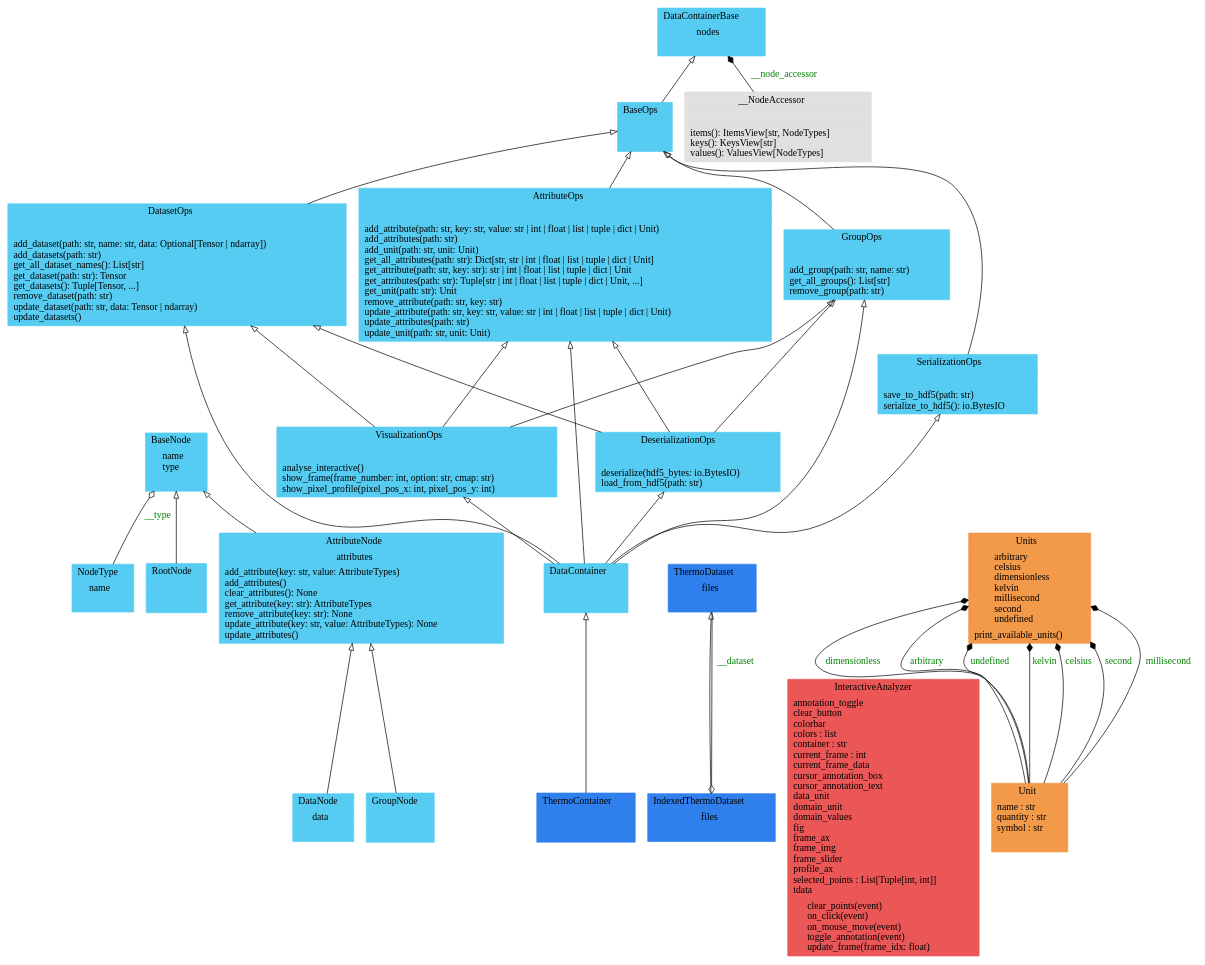
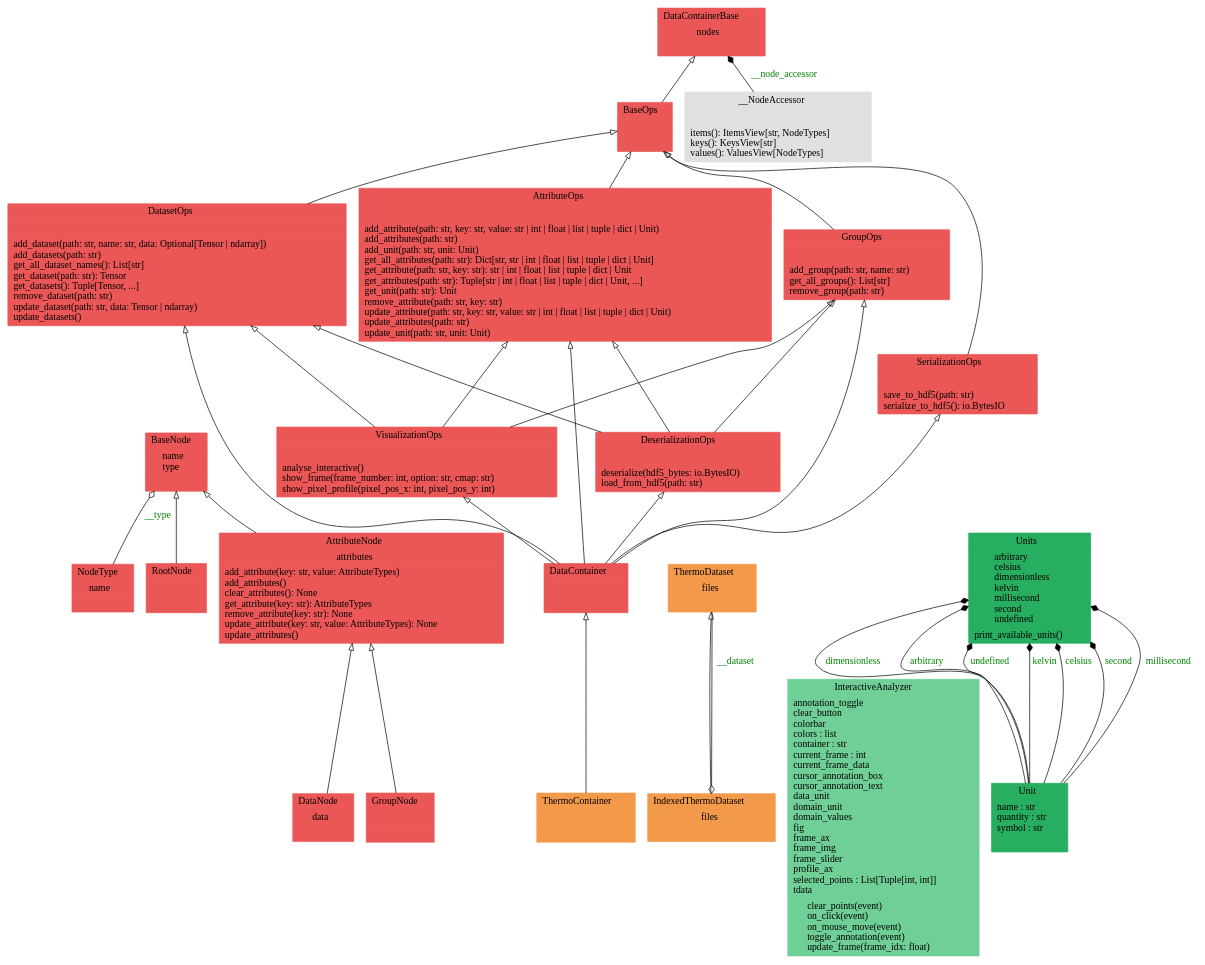
Before and after one commit to voidsy-gmbh/pyThermoNDT: the diagram in docs/pyreverse/classes_pythermondt.data.gv, drawn with Graphviz. The commit also changed 25 other files, not shown here.

Commit message:
Update pyreverse diagrams

```diff
--- a/docs/pyreverse/classes_pythermondt.data.gv
+++ b/docs/pyreverse/classes_pythermondt.data.gv
@@ -1,27 +1,27 @@
 digraph "classes_pythermondt.data" {
 rankdir=BT
 charset="utf-8"
-"pythermondt.data.datacontainer.node.AttributeNode" [color="#56CCF2", fontcolor="black", label=<{AttributeNode|attributes<br ALIGN="LEFT"/>|add_attribute(key: str, value: AttributeTypes)<br ALIGN="LEFT"/>add_attributes()<br ALIGN="LEFT"/>clear_attributes(): None<br ALIGN="LEFT"/>get_attribute(key: str): AttributeTypes<br ALIGN="LEFT"/>remove_attribute(key: str): None<br ALIGN="LEFT"/>update_attribute(key: str, value: AttributeTypes): None<br ALIGN="LEFT"/>update_attributes()<br ALIGN="LEFT"/>}>, shape="record", style="filled"];
-"pythermondt.data.datacontainer.attribute_ops.AttributeOps" [color="#56CCF2", fontcolor="black", label=<{AttributeOps|<br ALIGN="LEFT"/>|add_attribute(path: str, key: str, value: str \| int \| float \| list \| tuple \| dict \| Unit)<br ALIGN="LEFT"/>add_attributes(path: str)<br ALIGN="LEFT"/>add_unit(path: str, unit: Unit)<br ALIGN="LEFT"/>get_all_attributes(path: str): Dict[str, str \| int \| float \| list \| tuple \| dict \| Unit]<br ALIGN="LEFT"/>get_attribute(path: str, key: str): str \| int \| float \| list \| tuple \| dict \| Unit<br ALIGN="LEFT"/>get_attributes(path: str): Tuple[str \| int \| float \| list \| tuple \| dict \| Unit, ...]<br ALIGN="LEFT"/>get_unit(path: str): Unit<br ALIGN="LEFT"/>remove_attribute(path: str, key: str)<br ALIGN="LEFT"/>update_attribute(path: str, key: str, value: str \| int \| float \| list \| tuple \| dict \| Unit)<br ALIGN="LEFT"/>update_attributes(path: str)<br ALIGN="LEFT"/>update_unit(path: str, unit: Unit)<br ALIGN="LEFT"/>}>, shape="record", style="filled"];
-"pythermondt.data.datacontainer.node.BaseNode" [color="#56CCF2", fontcolor="black", label=<{BaseNode|name<br ALIGN="LEFT"/>type<br ALIGN="LEFT"/>|}>, shape="record", style="filled"];
-"pythermondt.data.datacontainer.base.BaseOps" [color="#56CCF2", fontcolor="black", label=<{BaseOps|<br ALIGN="LEFT"/>|}>, shape="record", style="filled"];
-"pythermondt.data.datacontainer.core.DataContainer" [color="#56CCF2", fontcolor="black", label=<{DataContainer|<br ALIGN="LEFT"/>|}>, shape="record", style="filled"];
-"pythermondt.data.datacontainer.base.DataContainerBase" [color="#56CCF2", fontcolor="black", label=<{DataContainerBase|nodes<br ALIGN="LEFT"/>|}>, shape="record", style="filled"];
-"pythermondt.data.datacontainer.node.DataNode" [color="#56CCF2", fontcolor="black", label=<{DataNode|data<br ALIGN="LEFT"/>|}>, shape="record", style="filled"];
-"pythermondt.data.datacontainer.dataset_ops.DatasetOps" [color="#56CCF2", fontcolor="black", label=<{DatasetOps|<br ALIGN="LEFT"/>|add_dataset(path: str, name: str, data: Optional[Tensor \| ndarray])<br ALIGN="LEFT"/>add_datasets(path: str)<br ALIGN="LEFT"/>get_all_dataset_names(): List[str]<br ALIGN="LEFT"/>get_dataset(path: str): Tensor<br ALIGN="LEFT"/>get_datasets(): Tuple[Tensor, ...]<br ALIGN="LEFT"/>remove_dataset(path: str)<br ALIGN="LEFT"/>update_dataset(path: str, data: Tensor \| ndarray)<br ALIGN="LEFT"/>update_datasets()<br ALIGN="LEFT"/>}>, shape="record", style="filled"];
-"pythermondt.data.datacontainer.serialization_ops.DeserializationOps" [color="#56CCF2", fontcolor="black", label=<{DeserializationOps|<br ALIGN="LEFT"/>|deserialize(hdf5_bytes: io.BytesIO)<br ALIGN="LEFT"/>load_from_hdf5(path: str)<br ALIGN="LEFT"/>}>, shape="record", style="filled"];
-"pythermondt.data.datacontainer.node.GroupNode" [color="#56CCF2", fontcolor="black", label=<{GroupNode|<br ALIGN="LEFT"/>|}>, shape="record", style="filled"];
-"pythermondt.data.datacontainer.group_ops.GroupOps" [color="#56CCF2", fontcolor="black", label=<{GroupOps|<br ALIGN="LEFT"/>|add_group(path: str, name: str)<br ALIGN="LEFT"/>get_all_groups(): List[str]<br ALIGN="LEFT"/>remove_group(path: str)<br ALIGN="LEFT"/>}>, shape="record", style="filled"];
-"pythermondt.data.thermo_dataset.IndexedThermoDataset" [color="#2F80ED", fontcolor="black", label=<{IndexedThermoDataset|files<br ALIGN="LEFT"/>|}>, shape="record", style="filled"];
-"pythermondt.data.datacontainer.visualization_ops.VisualizationOps.InteractiveAnalyzer" [color="#EB5757", fontcolor="black", label=<{InteractiveAnalyzer|annotation_toggle<br ALIGN="LEFT"/>clear_button<br ALIGN="LEFT"/>colorbar<br ALIGN="LEFT"/>colors : list<br ALIGN="LEFT"/>container : str<br ALIGN="LEFT"/>current_frame : int<br ALIGN="LEFT"/>current_frame_data<br ALIGN="LEFT"/>cursor_annotation_box<br ALIGN="LEFT"/>cursor_annotation_text<br ALIGN="LEFT"/>data_unit<br ALIGN="LEFT"/>domain_unit<br ALIGN="LEFT"/>domain_values<br ALIGN="LEFT"/>fig<br ALIGN="LEFT"/>frame_ax<br ALIGN="LEFT"/>frame_img<br ALIGN="LEFT"/>frame_slider<br ALIGN="LEFT"/>profile_ax<br ALIGN="LEFT"/>selected_points : List[Tuple[int, int]]<br ALIGN="LEFT"/>tdata<br ALIGN="LEFT"/>|clear_points(event)<br ALIGN="LEFT"/>on_click(event)<br ALIGN="LEFT"/>on_mouse_move(event)<br ALIGN="LEFT"/>toggle_annotation(event)<br ALIGN="LEFT"/>update_frame(frame_idx: float)<br ALIGN="LEFT"/>}>, shape="record", style="filled"];
-"pythermondt.data.datacontainer.node.NodeType" [color="#56CCF2", fontcolor="black", label=<{NodeType|name<br ALIGN="LEFT"/>|}>, shape="record", style="filled"];
-"pythermondt.data.datacontainer.node.RootNode" [color="#56CCF2", fontcolor="black", label=<{RootNode|<br ALIGN="LEFT"/>|}>, shape="record", style="filled"];
-"pythermondt.data.datacontainer.serialization_ops.SerializationOps" [color="#56CCF2", fontcolor="black", label=<{SerializationOps|<br ALIGN="LEFT"/>|save_to_hdf5(path: str)<br ALIGN="LEFT"/>serialize_to_hdf5(): io.BytesIO<br ALIGN="LEFT"/>}>, shape="record", style="filled"];
-"pythermondt.data.thermo_container.ThermoContainer" [color="#2F80ED", fontcolor="black", label=<{ThermoContainer|<br ALIGN="LEFT"/>|}>, shape="record", style="filled"];
-"pythermondt.data.thermo_dataset.ThermoDataset" [color="#2F80ED", fontcolor="black", label=<{ThermoDataset|files<br ALIGN="LEFT"/>|}>, shape="record", style="filled"];
-"pythermondt.data.units._unit.Unit" [color="#F2994A", fontcolor="black", label=<{Unit|name : str<br ALIGN="LEFT"/>quantity : str<br ALIGN="LEFT"/>symbol : str<br ALIGN="LEFT"/>|}>, shape="record", style="filled"];
-"pythermondt.data.units.units.Units" [color="#F2994A", fontcolor="black", label=<{Units|arbitrary<br ALIGN="LEFT"/>celsius<br ALIGN="LEFT"/>dimensionless<br ALIGN="LEFT"/>kelvin<br ALIGN="LEFT"/>millisecond<br ALIGN="LEFT"/>second<br ALIGN="LEFT"/>undefined<br ALIGN="LEFT"/>|print_available_units()<br ALIGN="LEFT"/>}>, shape="record", style="filled"];
-"pythermondt.data.datacontainer.visualization_ops.VisualizationOps" [color="#56CCF2", fontcolor="black", label=<{VisualizationOps|<br ALIGN="LEFT"/>|analyse_interactive()<br ALIGN="LEFT"/>show_frame(frame_number: int, option: str, cmap: str)<br ALIGN="LEFT"/>show_pixel_profile(pixel_pos_x: int, pixel_pos_y: int)<br ALIGN="LEFT"/>}>, shape="record", style="filled"];
+"pythermondt.data.datacontainer.node.AttributeNode" [color="#EB5757", fontcolor="black", label=<{AttributeNode|attributes<br ALIGN="LEFT"/>|add_attribute(key: str, value: AttributeTypes)<br ALIGN="LEFT"/>add_attributes()<br ALIGN="LEFT"/>clear_attributes(): None<br ALIGN="LEFT"/>get_attribute(key: str): AttributeTypes<br ALIGN="LEFT"/>remove_attribute(key: str): None<br ALIGN="LEFT"/>update_attribute(key: str, value: AttributeTypes): None<br ALIGN="LEFT"/>update_attributes()<br ALIGN="LEFT"/>}>, shape="record", style="filled"];
+"pythermondt.data.datacontainer.attribute_ops.AttributeOps" [color="#EB5757", fontcolor="black", label=<{AttributeOps|<br ALIGN="LEFT"/>|add_attribute(path: str, key: str, value: str \| int \| float \| list \| tuple \| dict \| Unit)<br ALIGN="LEFT"/>add_attributes(path: str)<br ALIGN="LEFT"/>add_unit(path: str, unit: Unit)<br ALIGN="LEFT"/>get_all_attributes(path: str): Dict[str, str \| int \| float \| list \| tuple \| dict \| Unit]<br ALIGN="LEFT"/>get_attribute(path: str, key: str): str \| int \| float \| list \| tuple \| dict \| Unit<br ALIGN="LEFT"/>get_attributes(path: str): Tuple[str \| int \| float \| list \| tuple \| dict \| Unit, ...]<br ALIGN="LEFT"/>get_unit(path: str): Unit<br ALIGN="LEFT"/>remove_attribute(path: str, key: str)<br ALIGN="LEFT"/>update_attribute(path: str, key: str, value: str \| int \| float \| list \| tuple \| dict \| Unit)<br ALIGN="LEFT"/>update_attributes(path: str)<br ALIGN="LEFT"/>update_unit(path: str, unit: Unit)<br ALIGN="LEFT"/>}>, shape="record", style="filled"];
+"pythermondt.data.datacontainer.node.BaseNode" [color="#EB5757", fontcolor="black", label=<{BaseNode|name<br ALIGN="LEFT"/>type<br ALIGN="LEFT"/>|}>, shape="record", style="filled"];
+"pythermondt.data.datacontainer.base.BaseOps" [color="#EB5757", fontcolor="black", label=<{BaseOps|<br ALIGN="LEFT"/>|}>, shape="record", style="filled"];
+"pythermondt.data.datacontainer.core.DataContainer" [color="#EB5757", fontcolor="black", label=<{DataContainer|<br ALIGN="LEFT"/>|}>, shape="record", style="filled"];
+"pythermondt.data.datacontainer.base.DataContainerBase" [color="#EB5757", fontcolor="black", label=<{DataContainerBase|nodes<br ALIGN="LEFT"/>|}>, shape="record", style="filled"];
+"pythermondt.data.datacontainer.node.DataNode" [color="#EB5757", fontcolor="black", label=<{DataNode|data<br ALIGN="LEFT"/>|}>, shape="record", style="filled"];
+"pythermondt.data.datacontainer.dataset_ops.DatasetOps" [color="#EB5757", fontcolor="black", label=<{DatasetOps|<br ALIGN="LEFT"/>|add_dataset(path: str, name: str, data: Optional[Tensor \| ndarray])<br ALIGN="LEFT"/>add_datasets(path: str)<br ALIGN="LEFT"/>get_all_dataset_names(): List[str]<br ALIGN="LEFT"/>get_dataset(path: str): Tensor<br ALIGN="LEFT"/>get_datasets(): Tuple[Tensor, ...]<br ALIGN="LEFT"/>remove_dataset(path: str)<br ALIGN="LEFT"/>update_dataset(path: str, data: Tensor \| ndarray)<br ALIGN="LEFT"/>update_datasets()<br ALIGN="LEFT"/>}>, shape="record", style="filled"];
+"pythermondt.data.datacontainer.serialization_ops.DeserializationOps" [color="#EB5757", fontcolor="black", label=<{DeserializationOps|<br ALIGN="LEFT"/>|deserialize(hdf5_bytes: io.BytesIO)<br ALIGN="LEFT"/>load_from_hdf5(path: str)<br ALIGN="LEFT"/>}>, shape="record", style="filled"];
+"pythermondt.data.datacontainer.node.GroupNode" [color="#EB5757", fontcolor="black", label=<{GroupNode|<br ALIGN="LEFT"/>|}>, shape="record", style="filled"];
+"pythermondt.data.datacontainer.group_ops.GroupOps" [color="#EB5757", fontcolor="black", label=<{GroupOps|<br ALIGN="LEFT"/>|add_group(path: str, name: str)<br ALIGN="LEFT"/>get_all_groups(): List[str]<br ALIGN="LEFT"/>remove_group(path: str)<br ALIGN="LEFT"/>}>, shape="record", style="filled"];
+"pythermondt.data.thermo_dataset.IndexedThermoDataset" [color="#F2994A", fontcolor="black", label=<{IndexedThermoDataset|files<br ALIGN="LEFT"/>|}>, shape="record", style="filled"];
+"pythermondt.data.datacontainer.visualization_ops.VisualizationOps.InteractiveAnalyzer" [color="#6FCF97", fontcolor="black", label=<{InteractiveAnalyzer|annotation_toggle<br ALIGN="LEFT"/>clear_button<br ALIGN="LEFT"/>colorbar<br ALIGN="LEFT"/>colors : list<br ALIGN="LEFT"/>container : str<br ALIGN="LEFT"/>current_frame : int<br ALIGN="LEFT"/>current_frame_data<br ALIGN="LEFT"/>cursor_annotation_box<br ALIGN="LEFT"/>cursor_annotation_text<br ALIGN="LEFT"/>data_unit<br ALIGN="LEFT"/>domain_unit<br ALIGN="LEFT"/>domain_values<br ALIGN="LEFT"/>fig<br ALIGN="LEFT"/>frame_ax<br ALIGN="LEFT"/>frame_img<br ALIGN="LEFT"/>frame_slider<br ALIGN="LEFT"/>profile_ax<br ALIGN="LEFT"/>selected_points : List[Tuple[int, int]]<br ALIGN="LEFT"/>tdata<br ALIGN="LEFT"/>|clear_points(event)<br ALIGN="LEFT"/>on_click(event)<br ALIGN="LEFT"/>on_mouse_move(event)<br ALIGN="LEFT"/>toggle_annotation(event)<br ALIGN="LEFT"/>update_frame(frame_idx: float)<br ALIGN="LEFT"/>}>, shape="record", style="filled"];
+"pythermondt.data.datacontainer.node.NodeType" [color="#EB5757", fontcolor="black", label=<{NodeType|name<br ALIGN="LEFT"/>|}>, shape="record", style="filled"];
+"pythermondt.data.datacontainer.node.RootNode" [color="#EB5757", fontcolor="black", label=<{RootNode|<br ALIGN="LEFT"/>|}>, shape="record", style="filled"];
+"pythermondt.data.datacontainer.serialization_ops.SerializationOps" [color="#EB5757", fontcolor="black", label=<{SerializationOps|<br ALIGN="LEFT"/>|save_to_hdf5(path: str)<br ALIGN="LEFT"/>serialize_to_hdf5(): io.BytesIO<br ALIGN="LEFT"/>}>, shape="record", style="filled"];
+"pythermondt.data.thermo_container.ThermoContainer" [color="#F2994A", fontcolor="black", label=<{ThermoContainer|<br ALIGN="LEFT"/>|}>, shape="record", style="filled"];
+"pythermondt.data.thermo_dataset.ThermoDataset" [color="#F2994A", fontcolor="black", label=<{ThermoDataset|files<br ALIGN="LEFT"/>|}>, shape="record", style="filled"];
+"pythermondt.data.units._unit.Unit" [color="#27AE60", fontcolor="black", label=<{Unit|name : str<br ALIGN="LEFT"/>quantity : str<br ALIGN="LEFT"/>symbol : str<br ALIGN="LEFT"/>|}>, shape="record", style="filled"];
+"pythermondt.data.units.units.Units" [color="#27AE60", fontcolor="black", label=<{Units|arbitrary<br ALIGN="LEFT"/>celsius<br ALIGN="LEFT"/>dimensionless<br ALIGN="LEFT"/>kelvin<br ALIGN="LEFT"/>millisecond<br ALIGN="LEFT"/>second<br ALIGN="LEFT"/>undefined<br ALIGN="LEFT"/>|print_available_units()<br ALIGN="LEFT"/>}>, shape="record", style="filled"];
+"pythermondt.data.datacontainer.visualization_ops.VisualizationOps" [color="#EB5757", fontcolor="black", label=<{VisualizationOps|<br ALIGN="LEFT"/>|analyse_interactive()<br ALIGN="LEFT"/>show_frame(frame_number: int, option: str, cmap: str)<br ALIGN="LEFT"/>show_pixel_profile(pixel_pos_x: int, pixel_pos_y: int)<br ALIGN="LEFT"/>}>, shape="record", style="filled"];
 "pythermondt.data.datacontainer.base.DataContainerBase.__NodeAccessor" [color="#E0E0E0", fontcolor="black", label=<{__NodeAccessor|<br ALIGN="LEFT"/>|items(): ItemsView[str, NodeTypes]<br ALIGN="LEFT"/>keys(): KeysView[str]<br ALIGN="LEFT"/>values(): ValuesView[NodeTypes]<br ALIGN="LEFT"/>}>, shape="record", style="filled"];
 "pythermondt.data.datacontainer.attribute_ops.AttributeOps" -> "pythermondt.data.datacontainer.base.BaseOps" [arrowhead="empty", arrowtail="none"];
 "pythermondt.data.datacontainer.base.BaseOps" -> "pythermondt.data.datacontainer.base.DataContainerBase" [arrowhead="empty", arrowtail="none"];
```
